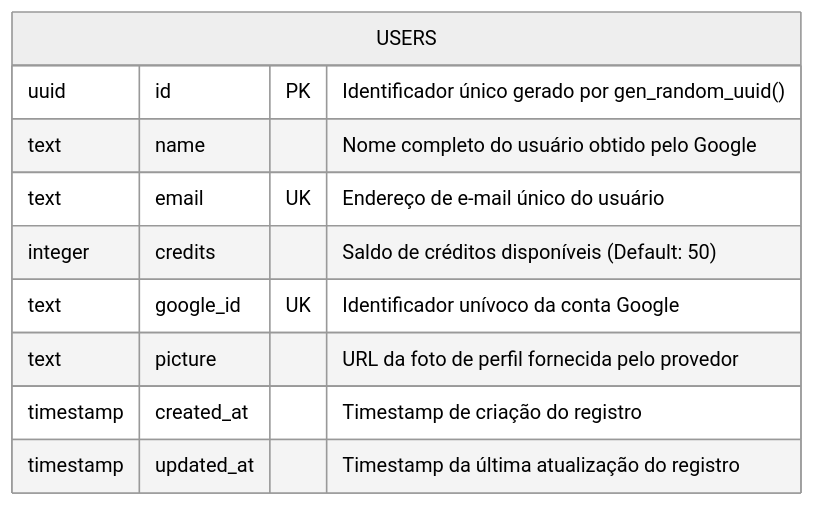
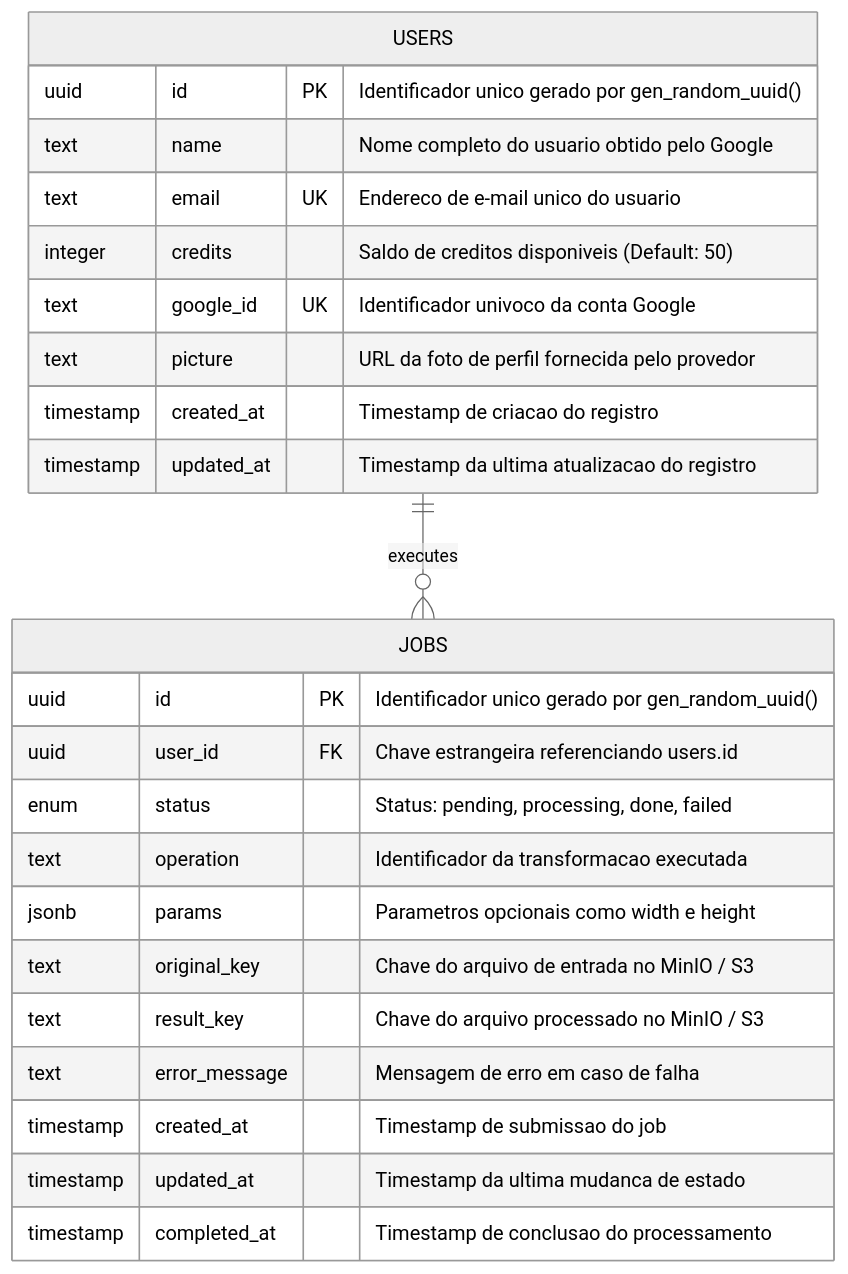
One commit to ilanzgx/usekroma changed the fifth of 6 diagrams in docs/architecture.md. Above: the diagram before and after it, drawn with Mermaid (neutral theme). The commit also changed other lines of this file, not shown here.

Commit message:
docs(architecture): document async queue pipeline and storage architecture

````diff
--- a/docs/architecture.md
+++ b/docs/architecture.md
@@ -391,13 +444,28 @@
 ```mermaid
 erDiagram
+    USERS ||--o{ JOBS : "executes"
     USERS {
-        uuid id PK "Identificador único gerado por gen_random_uuid()"
-        text name "Nome completo do usuário obtido pelo Google"
-        text email UK "Endereço de e-mail único do usuário"
-        integer credits "Saldo de créditos disponíveis (Default: 50)"
-        text google_id UK "Identificador unívoco da conta Google"
+        uuid id PK "Identificador unico gerado por gen_random_uuid()"
+        text name "Nome completo do usuario obtido pelo Google"
+        text email UK "Endereco de e-mail unico do usuario"
+        integer credits "Saldo de creditos disponiveis (Default: 50)"
+        text google_id UK "Identificador univoco da conta Google"
         text picture "URL da foto de perfil fornecida pelo provedor"
-        timestamp created_at "Timestamp de criação do registro"
-        timestamp updated_at "Timestamp da última atualização do registro"
+        timestamp created_at "Timestamp de criacao do registro"
+        timestamp updated_at "Timestamp da ultima atualizacao do registro"
+    }
+
+    JOBS {
+        uuid id PK "Identificador unico gerado por gen_random_uuid()"
+        uuid user_id FK "Chave estrangeira referenciando users.id"
+        enum status "Status: pending, processing, done, failed"
+        text operation "Identificador da transformacao executada"
+        jsonb params "Parametros opcionais como width e height"
+        text original_key "Chave do arquivo de entrada no MinIO / S3"
+        text result_key "Chave do arquivo processado no MinIO / S3"
+        text error_message "Mensagem de erro em caso de falha"
+        timestamp created_at "Timestamp de submissao do job"
+        timestamp updated_at "Timestamp da ultima mudanca de estado"
+        timestamp completed_at "Timestamp de conclusao do processamento"
     }
 ```
````
